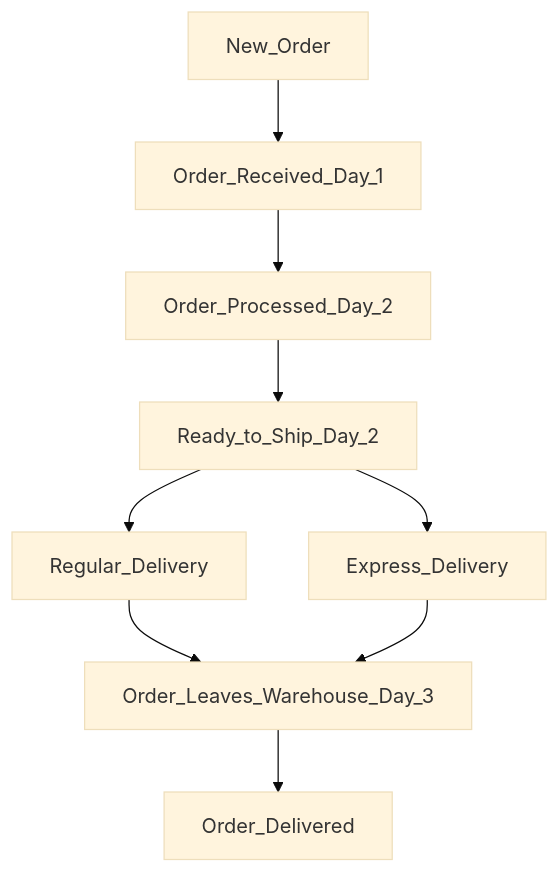
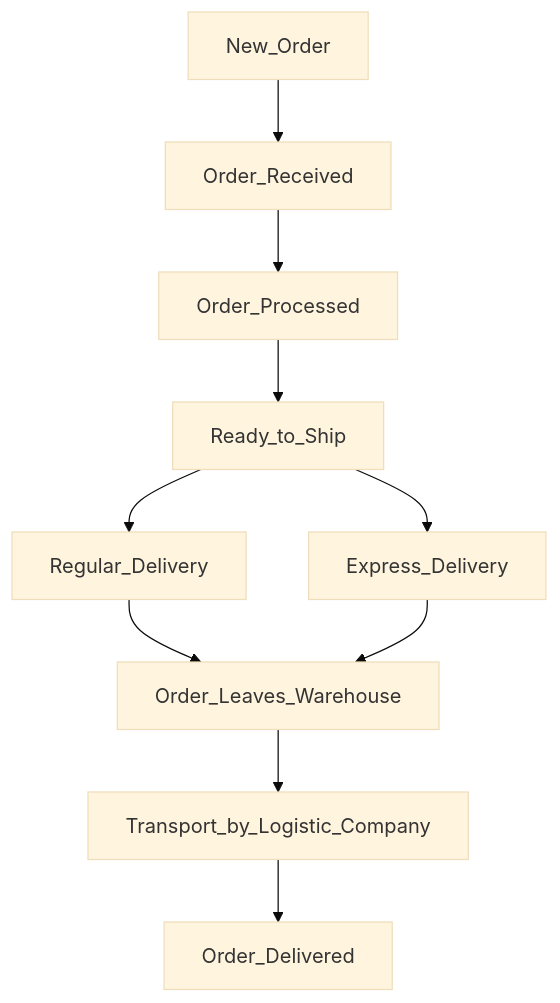
The diagram in README.md (DouglasBobo/Muesli-Sebastian-Deming), drawn with Mermaid (base theme) before and after one commit. The commit also changed other lines of this file, not shown here.

````diff
--- a/README.md
+++ b/README.md
@@ -5,11 +5,12 @@
 ```mermaid
   flowchart TD;
-      New_Order-->Order_Received_Day_1;
-      Order_Received_Day_1-->Order_Processed_Day_2; 
-      Order_Processed_Day_2-->Ready_to_Ship_Day_2;
-      Ready_to_Ship_Day_2-->Regular_Delivery;
-      Ready_to_Ship_Day_2-->Express_Delivery;
-      Regular_Delivery-->Order_Leaves_Warehouse_Day_3;
-      Express_Delivery-->Order_Leaves_Warehouse_Day_3;
-      Order_Leaves_Warehouse_Day_3-->Order_Delivered;
+      New_Order-->Order_Received;
+      Order_Received-->Order_Processed; 
+      Order_Processed-->Ready_to_Ship;
+      Ready_to_Ship-->Regular_Delivery;
+      Ready_to_Ship-->Express_Delivery;
+      Regular_Delivery-->Order_Leaves_Warehouse;
+      Express_Delivery-->Order_Leaves_Warehouse;
+      Order_Leaves_Warehouse-->Transport_by_Logistic_Company;
+      Transport_by_Logistic_Company-->Order_Delivered;
 ```
````
